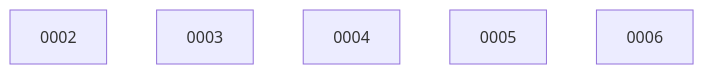
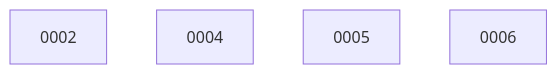
One commit to ethanhinson/workbench changed the diagram in docs/changes/BOARD.md. Above: the diagram before and after it, drawn with Mermaid. The commit also changed other lines of this file and 1 other file, not shown here.

````diff
--- a/docs/changes/BOARD.md
+++ b/docs/changes/BOARD.md
@@ -15,8 +20,7 @@
 ```mermaid
 graph TD
   0002
-  0003
   0004
   0005
   0006
 ```
````
